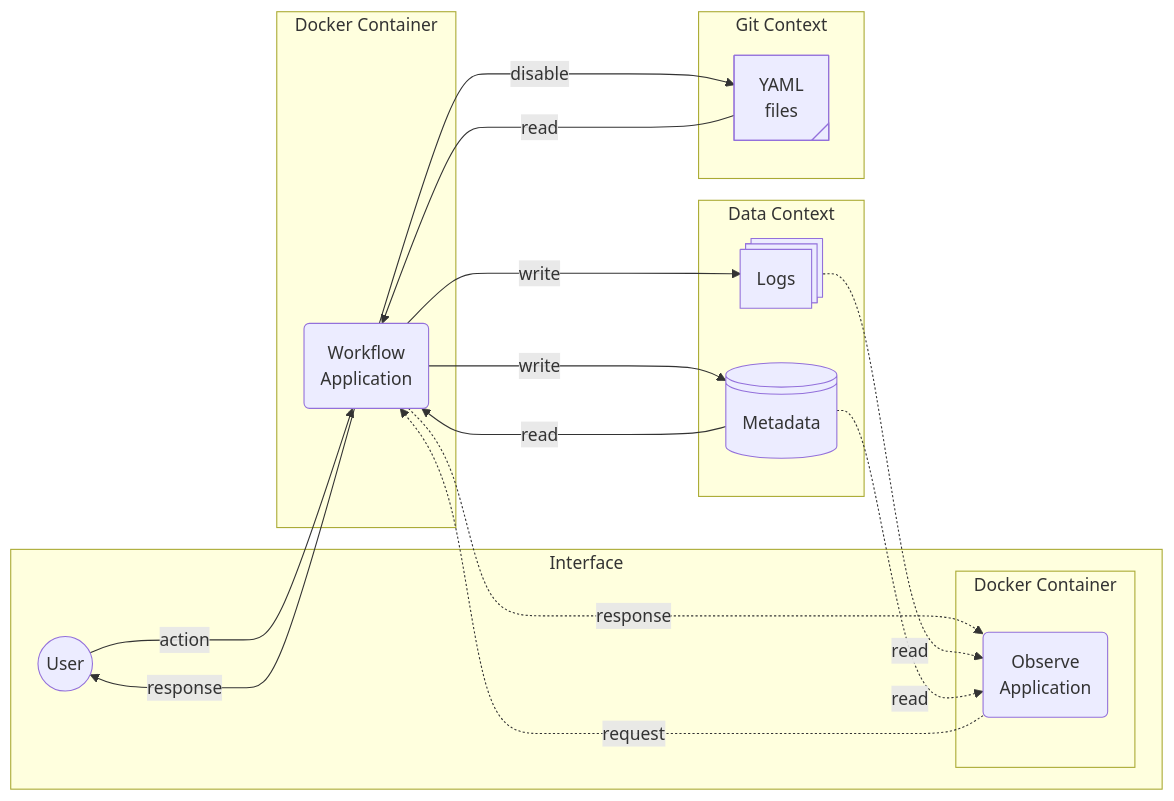
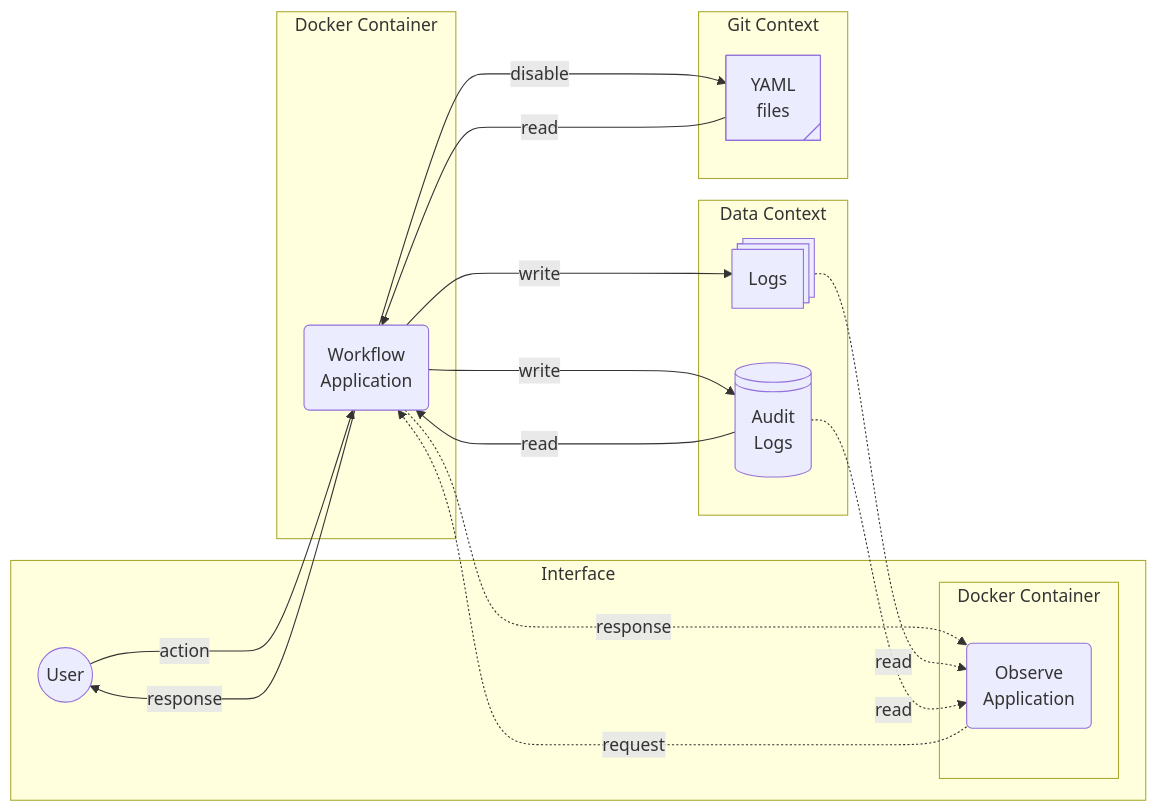
The diagram in README.md (ddeutils/ddeutil-workflow), drawn with Mermaid before and after one commit. The commit also changed other lines of this file and 12 other files, not shown here.

Commit message:
:gear: fixed: rename logs module to audit module.

````diff
--- a/README.md
+++ b/README.md
@@ -43,37 +43,37 @@
 ```mermaid
 flowchart LR
     subgraph Interface
     A((User))
         subgraph Docker Container
         G@{ shape: rounded, label: "Observe<br>Application" }
         end
     end
 
     A --->|action| B(Workflow<br>Application)
     B ---> |response| A
     B -..-> |response| G
     G -..-> |request| B
 
     subgraph Docker Container
     B
     end
 
     subgraph Data Context
     D@{ shape: processes, label: "Logs" }
-    E@{ shape: lin-cyl, label: "Metadata" }
+    E@{ shape: lin-cyl, label: "Audit<br>Logs" }
     end
 
     subgraph Git Context
     F@{ shape: tag-rect, label: "YAML<br>files" }
     end
 
     B --->|disable| F
     F --->|read| B
 
     B --->|write| E
     E --->|read| B
     B --->|write| D
 
     D -.->|read| G
     E -.->|read| G
 ```
````
